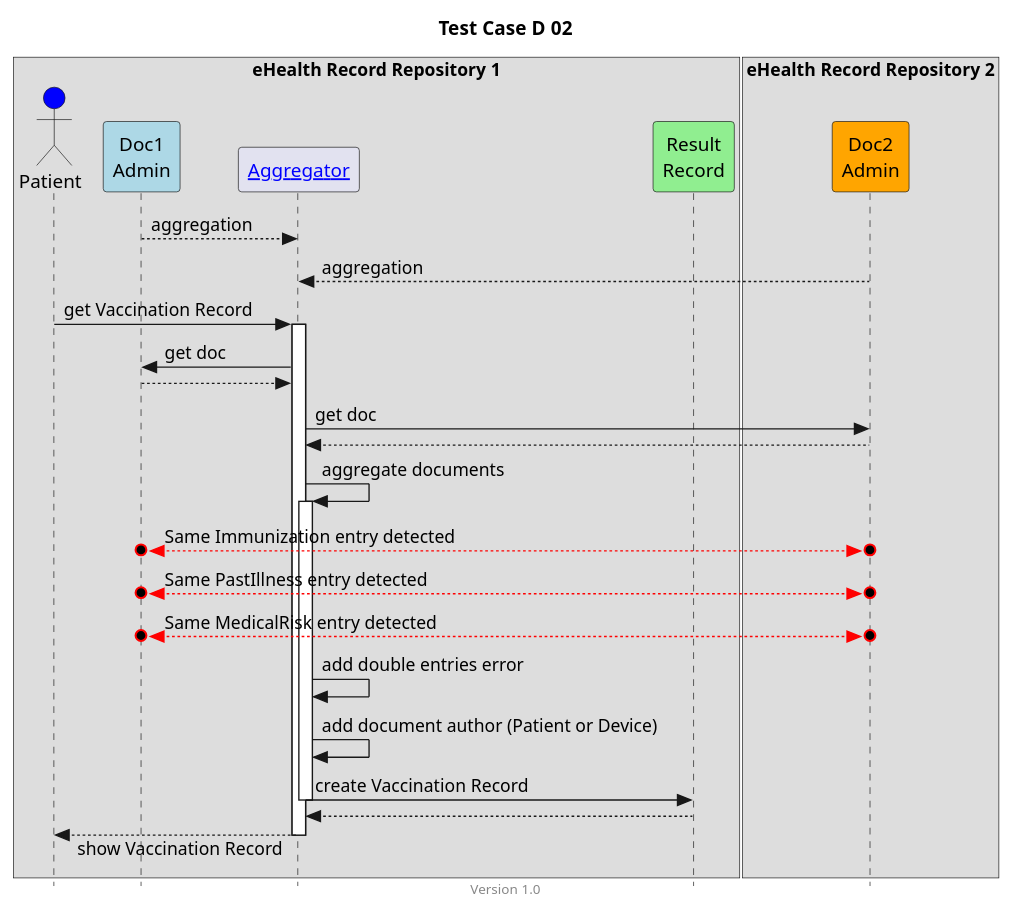
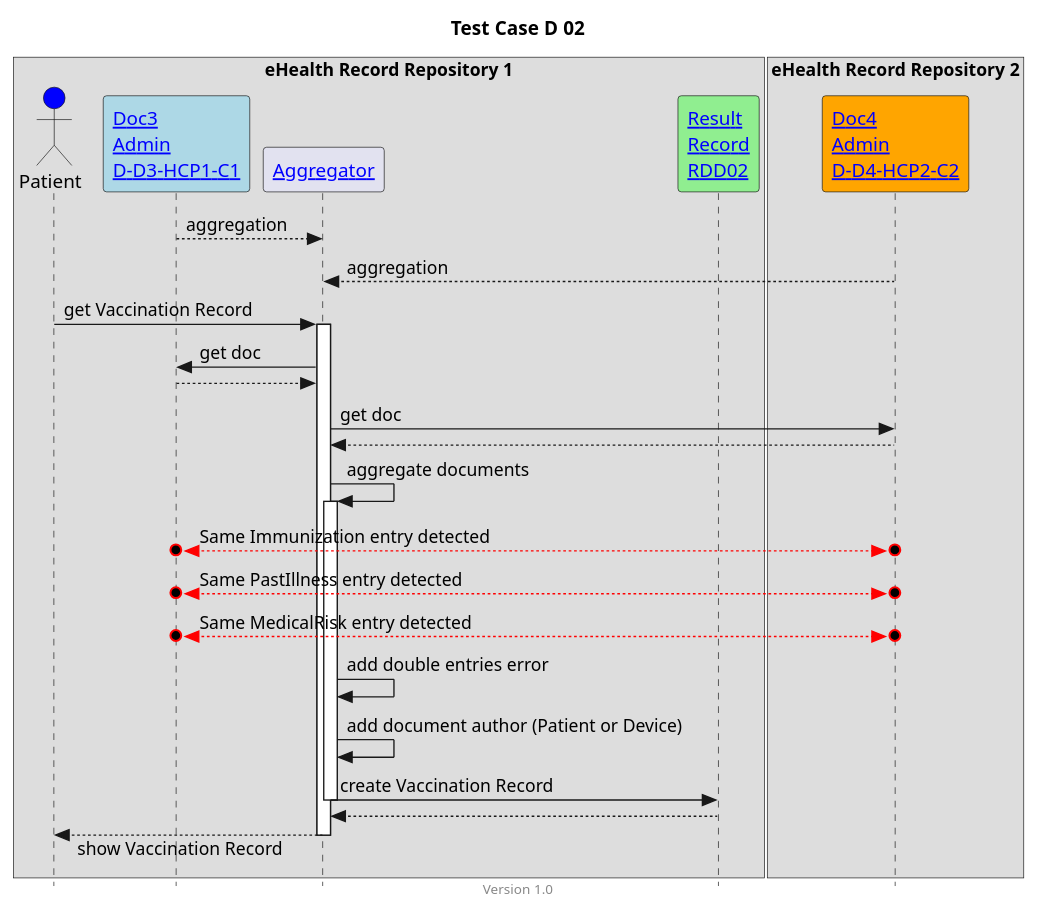
One commit to hl7ch/ch-vacd changed the diagram in input/images-source/TCD02.plantuml. Above: the diagram before and after it, drawn with PlantUML. The commit also changed 27 other files, not shown here.

Commit message:
add links to TC diagrams and links on different places to serve better informations to users #354

```diff
--- a/input/images-source/TCD02.plantuml
+++ b/input/images-source/TCD02.plantuml
@@ -1,50 +1,48 @@
 @startuml
 title Test Case D 02
 footer Version 1.0
 skinparam responseMessageBelowArrow true
 skinparam style strictuml
 scale max 800 width
 
 box "eHealth Record Repository 1"
 actor "Patient" as PAT #blue
-participant "Doc1\nAdmin" as Doc1 #lightblue
+participant "[[Bundle-D-D3-HCP1-C1.html Doc3\nAdmin\nD-D3-HCP1-C1]]" as Doc3 #lightblue
 participant "[[aggregator.html Aggregator]]" as AGG
-participant "Result\nRecord" as RES #lightgreen
+participant "[[Bundle-RDD02.html Result\nRecord\nRDD02]]" as RES #lightgreen
 end box
 
 box "eHealth Record Repository 2"
-participant "Doc2\nAdmin" as Doc2 #orange
+participant "[[Bundle-D-D4-HCP2-C2.html Doc4\nAdmin\nD-D4-HCP2-C2]]" as Doc4 #orange
 end box
 
-Doc1 --> AGG: aggregation
-Doc2 --> AGG: aggregation
-
-
+Doc3 --> AGG: aggregation
+Doc4 --> AGG: aggregation
 
 PAT -> AGG: get Vaccination Record
 activate AGG
 
-AGG -> Doc1: get doc
-AGG <-- Doc1
+AGG -> Doc3: get doc
+AGG <-- Doc3
 
-AGG -> Doc2: get doc
-AGG <-- Doc2
+AGG -> Doc4: get doc
+AGG <-- Doc4
  
 AGG -> AGG: aggregate documents 
 activate AGG
 
-Doc1 o<-[#red]->o Doc2: Same Immunization entry detected
-Doc1 o<-[#red]->o Doc2: Same PastIllness entry detected
-Doc1 o<-[#red]->o Doc2: Same MedicalRisk entry detected
+Doc3 o<-[#red]->o Doc4: Same Immunization entry detected
+Doc3 o<-[#red]->o Doc4: Same PastIllness entry detected
+Doc3 o<-[#red]->o Doc4: Same MedicalRisk entry detected
 
 AGG -> AGG: add double entries error
 AGG -> AGG: add document author (Patient or Device)
 AGG -> RES: create Vaccination Record
 deactivate AGG
 AGG <-- RES
 
 PAT <-- AGG: show Vaccination Record
 deactivate AGG
 
 
 @enduml
```
